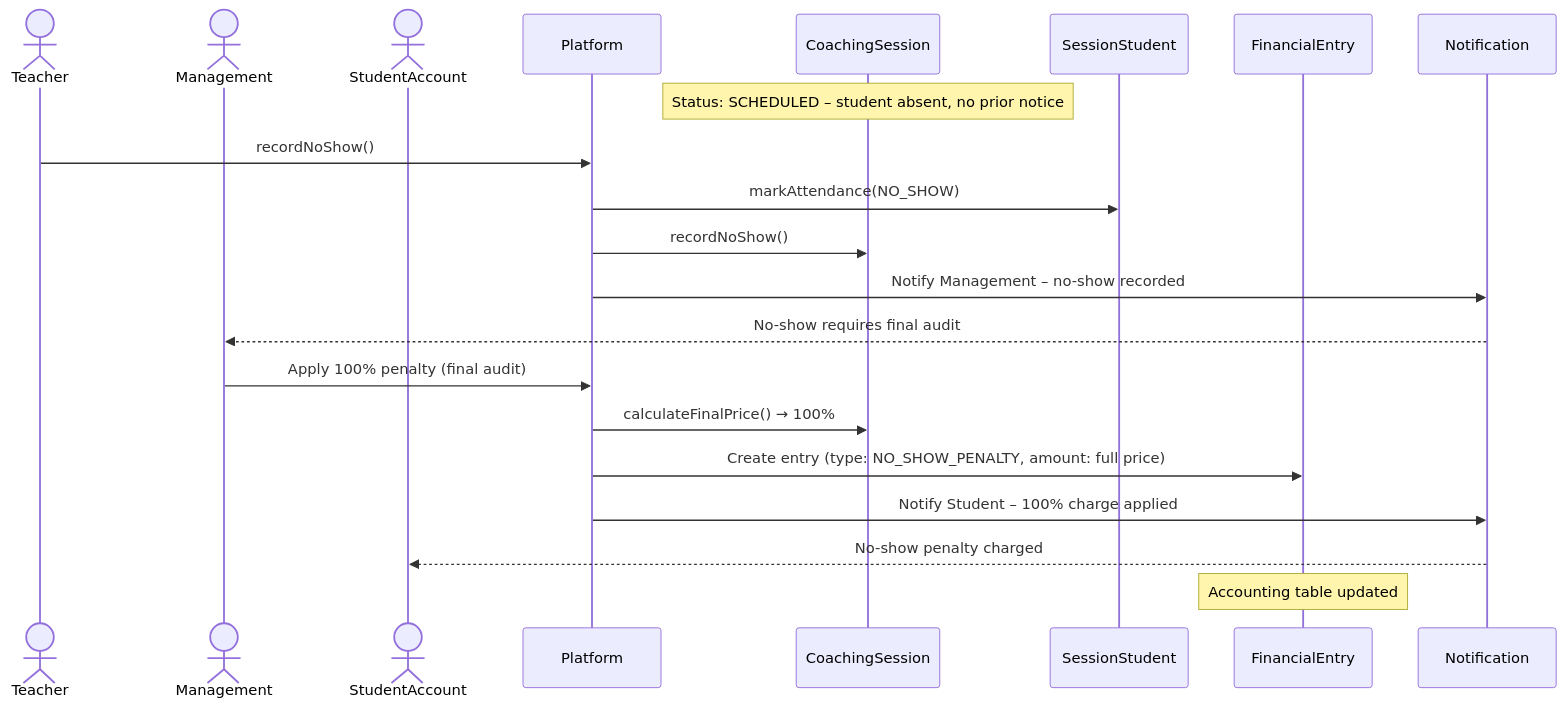
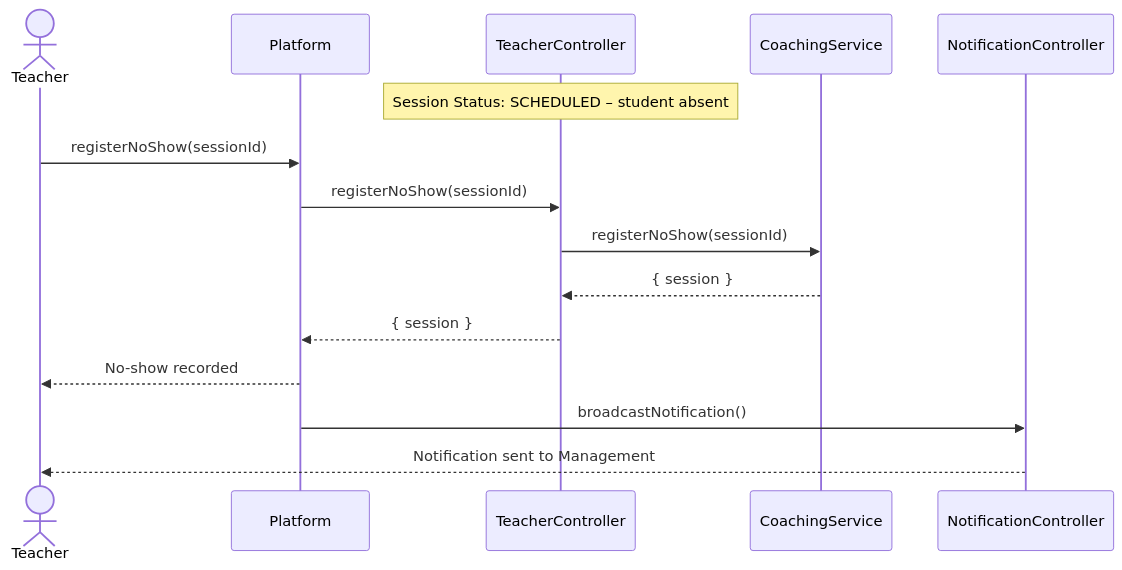
One commit to NovaLogic-Systems/gestArtes-docs changed the fifth of 20 diagrams in diagrams/Sequence Diagram/sequencediagram.md. Above: the diagram before and after it, drawn with Mermaid. The commit also changed other lines of this file, not shown here.

Commit message:
Refactor sequence diagrams for user authentication, coaching session requests, and admin management

````diff
--- a/diagrams/Sequence Diagram/sequencediagram.md
+++ b/diagrams/Sequence Diagram/sequencediagram.md
@@ -134,24 +132,19 @@
 ```mermaid
 sequenceDiagram
     actor Teacher
-    actor Management
-    actor Student as StudentAccount
-    participant Platform
-    participant CoachingSession
-    participant SessionStudent
-    participant FinancialEntry
-    participant Notification
+    participant Platform as Platform
+    participant TeacherController as TeacherController
+    participant CoachingService as CoachingService
+    participant NotificationController as NotificationController
 
-    Note over CoachingSession: Status: SCHEDULED – student absent, no prior notice
-    Teacher->>Platform: recordNoShow()
-    Platform->>SessionStudent: markAttendance(NO_SHOW)
-    Platform->>CoachingSession: recordNoShow()
-    Platform->>Notification: Notify Management – no-show recorded
-    Notification-->>Management: No-show requires final audit
-    Management->>Platform: Apply 100% penalty (final audit)
-    Platform->>CoachingSession: calculateFinalPrice() → 100%
-    Platform->>FinancialEntry: Create entry (type: NO_SHOW_PENALTY, amount: full price)
-    Platform->>Notification: Notify Student – 100% charge applied
-    Notification-->>Student: No-show penalty charged
-    Note over FinancialEntry: Accounting table updated
+    Note over TeacherController: Session Status: SCHEDULED – student absent
+    Teacher->>Platform: registerNoShow(sessionId)
+    Platform->>TeacherController: registerNoShow(sessionId)
+    TeacherController->>CoachingService: registerNoShow(sessionId)
+    CoachingService-->>TeacherController: { session }
+    TeacherController-->>Platform: { session }
+    Platform-->>Teacher: No-show recorded
+
+    Platform->>NotificationController: broadcastNotification()
+    NotificationController-->>Teacher: Notification sent to Management
 ```
````
